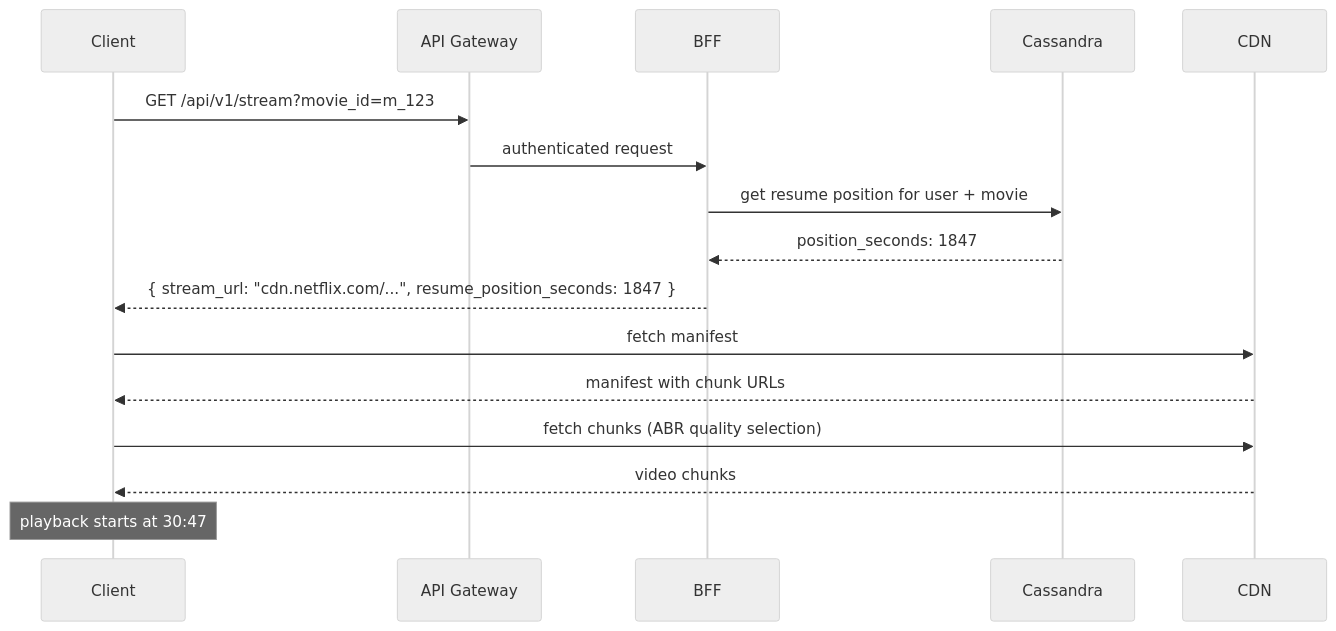
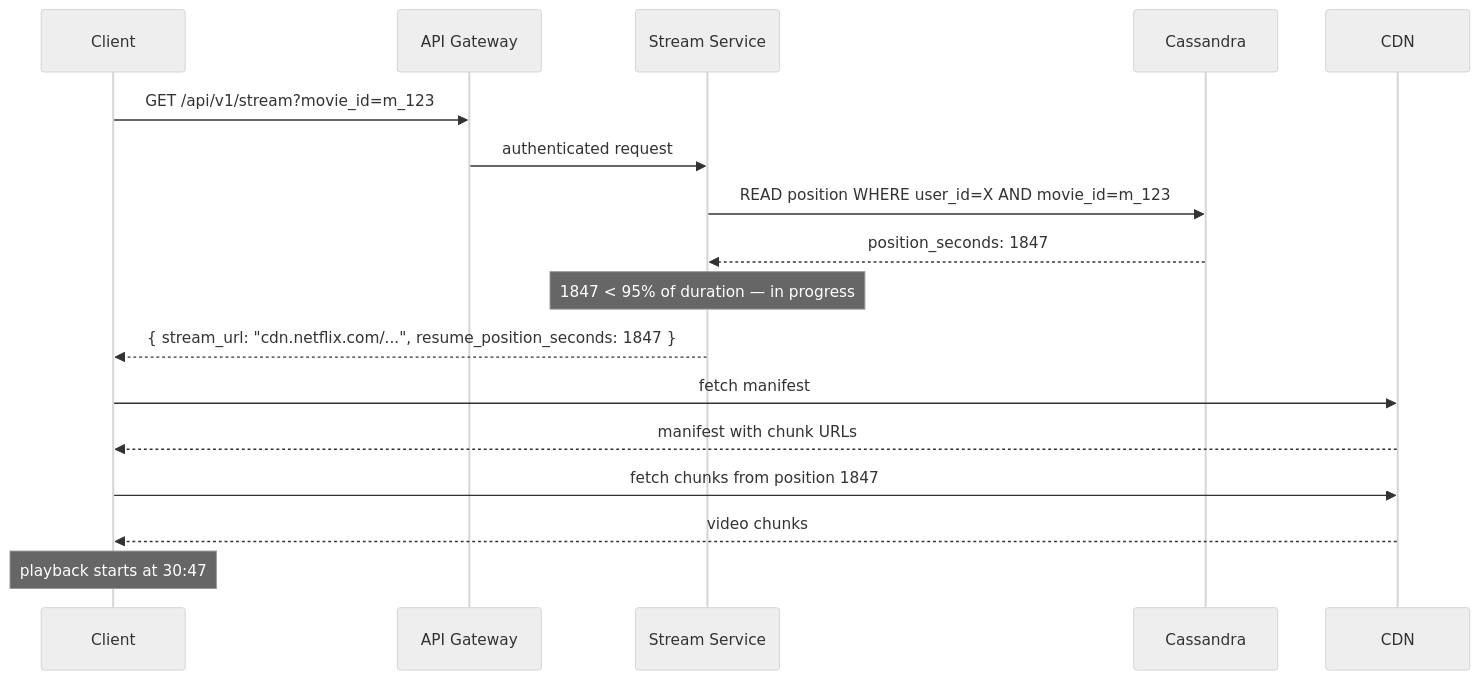
Before and after one commit to Dummy-Bug/system-design-handbook: the fourth of 6 diagrams in System Design/SDE2/12-Case-Studies/14-Netflix/05-Final-Design/01-Final-Architecture.md, drawn with Mermaid (neutral theme). The commit also changed other lines of this file and 12 other files, not shown here.

````diff
--- a/System Design/SDE2/12-Case-Studies/14-Netflix/05-Final-Design/01-Final-Architecture.md
+++ b/System Design/SDE2/12-Case-Studies/14-Netflix/05-Final-Design/01-Final-Architecture.md
@@ -155,19 +188,20 @@
 ```mermaid
 sequenceDiagram
     participant C as Client
     participant GW as API Gateway
-    participant B as BFF
+    participant SS as Stream Service
     participant CASS as Cassandra
     participant CDN as CDN
 
     C->>GW: GET /api/v1/stream?movie_id=m_123
-    GW->>B: authenticated request
-    B->>CASS: get resume position for user + movie
-    CASS-->>B: position_seconds: 1847
-    B-->>C: { stream_url: "cdn.netflix.com/...", resume_position_seconds: 1847 }
+    GW->>SS: authenticated request
+    SS->>CASS: READ position WHERE user_id=X AND movie_id=m_123
+    CASS-->>SS: position_seconds: 1847
+    Note over SS: 1847 < 95% of duration — in progress
+    SS-->>C: { stream_url: "cdn.netflix.com/...", resume_position_seconds: 1847 }
     C->>CDN: fetch manifest
     CDN-->>C: manifest with chunk URLs
-    C->>CDN: fetch chunks (ABR quality selection)
+    C->>CDN: fetch chunks from position 1847
     CDN-->>C: video chunks
     Note over C: playback starts at 30:47
 ```
````
